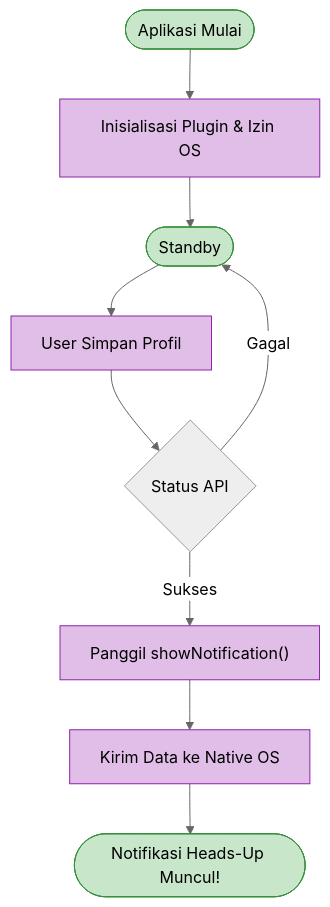
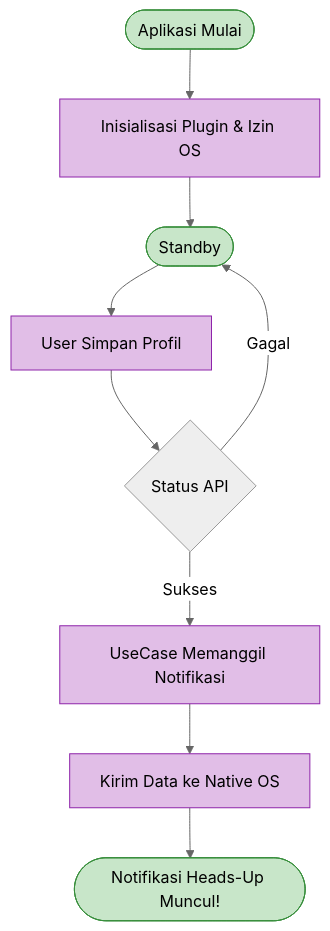
The sixth of 6 diagrams in docs/features/update_profile.md (nunutech40/news-app-flutter), drawn with Mermaid (neutral theme) before and after one commit. The commit also changed other lines of this file and 6 other files, not shown here.

Commit message:
refactor: apply strict Clean Architecture to local notifications & update docs

````diff
--- a/docs/features/update_profile.md
+++ b/docs/features/update_profile.md
@@ -221,20 +219,20 @@
 ```mermaid
 flowchart TD
     A(["Aplikasi Mulai"]) --> B["Inisialisasi Plugin & Izin OS"]
     B --> C(["Standby"])
     
     C --> D["User Simpan Profil"]
     D --> E{"Status API"}
     
     E -- Gagal --> C
-    E -- Sukses --> F["Panggil showNotification()"]
+    E -- Sukses --> F["UseCase Memanggil Notifikasi"]
     
     F --> G["Kirim Data ke Native OS"]
     G --> H(["Notifikasi Heads-Up Muncul!"])
     
     classDef main fill:#c8e6c9,stroke:#388e3c,color:#000
     classDef process fill:#e1bee7,stroke:#8e24aa,color:#000
     
     class A,C,H main
     class B,D,F,G process
 ```
````
